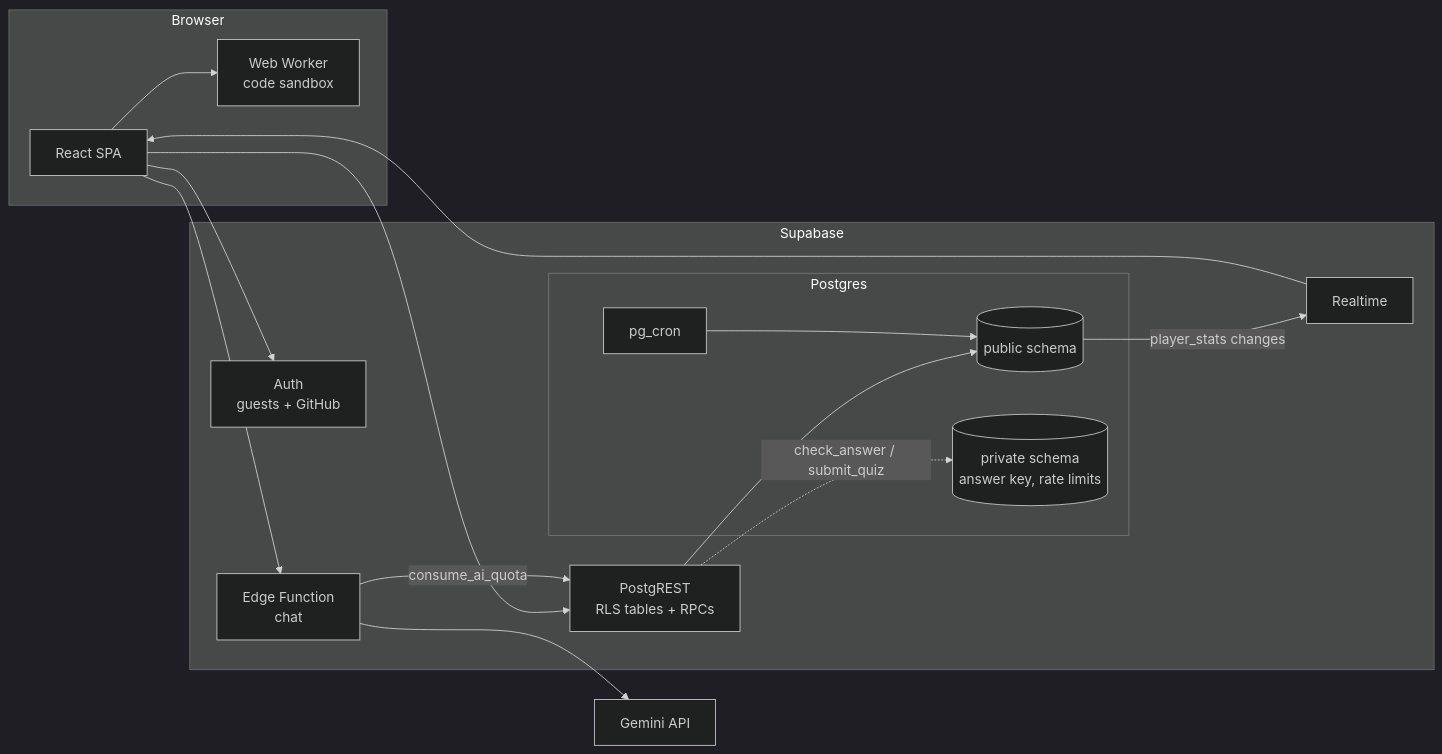
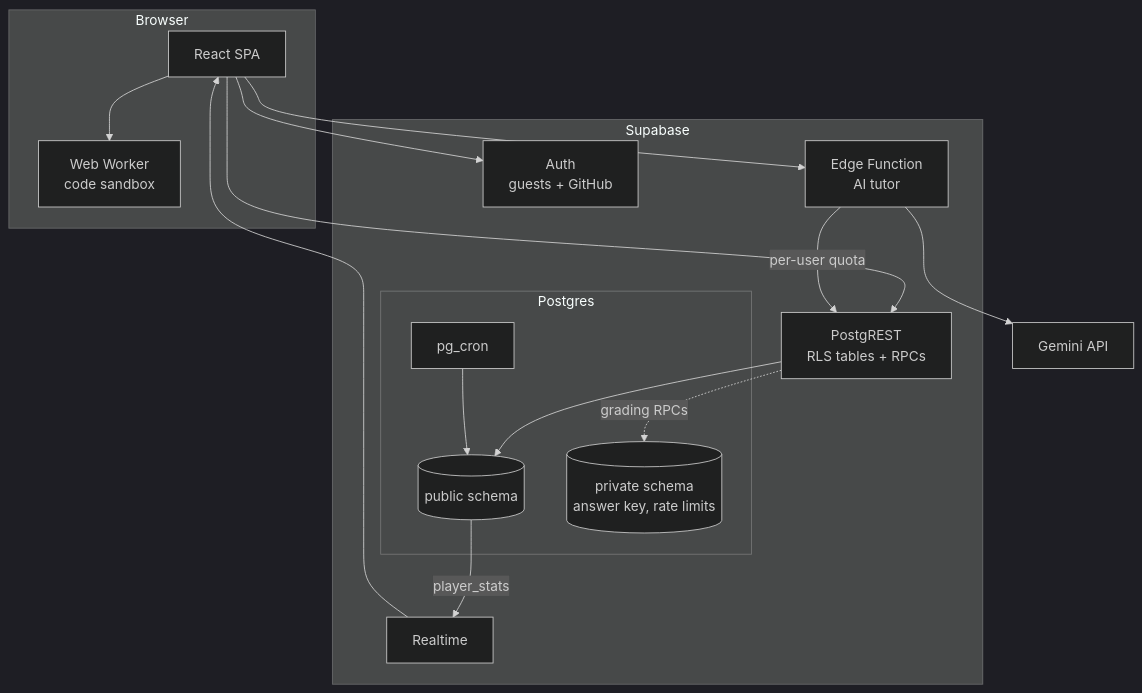
The second of 2 diagrams in README.md (aryansajiv19/SkillVerse), drawn with Mermaid (dark theme) before and after one commit. The commit also changed other lines of this file, not shown here.

````diff
--- a/README.md
+++ b/README.md
@@ -23,27 +77,27 @@
 ```mermaid
-flowchart LR
-  subgraph Browser
-    SPA[React SPA]
-    W[Web Worker<br/>code sandbox]
-  end
-  subgraph Supabase
-    Auth[Auth<br/>guests + GitHub]
-    REST[PostgREST<br/>RLS tables + RPCs]
-    RT[Realtime]
-    Fn[Edge Function<br/>chat]
-    subgraph Postgres
-      Pub[(public schema)]
-      Priv[(private schema<br/>answer key, rate limits)]
-      Cron[pg_cron]
+flowchart TB
+    subgraph Browser
+        SPA[React SPA]
+        W[Web Worker<br/>code sandbox]
     end
-  end
-  Gemini[Gemini API]
-  SPA --> W
-  SPA --> Auth
-  SPA --> REST --> Pub
-  REST -. check_answer / submit_quiz .-> Priv
-  Pub -- player_stats changes --> RT --> SPA
-  SPA --> Fn --> Gemini
-  Fn -- consume_ai_quota --> REST
-  Cron --> Pub
+    subgraph Supabase
+        AUTH[Auth<br/>guests + GitHub]
+        API[PostgREST<br/>RLS tables + RPCs]
+        RT[Realtime]
+        FN[Edge Function<br/>AI tutor]
+        subgraph Postgres
+            PUB[(public schema)]
+            PRIV[(private schema<br/>answer key, rate limits)]
+            CRON[pg_cron]
+        end
+    end
+    GEM[Gemini API]
+    SPA --> W
+    SPA --> AUTH
+    SPA --> API --> PUB
+    API -. grading RPCs .-> PRIV
+    PUB -- player_stats --> RT --> SPA
+    SPA --> FN --> GEM
+    FN -- per-user quota --> API
+    CRON --> PUB
 ```
````
